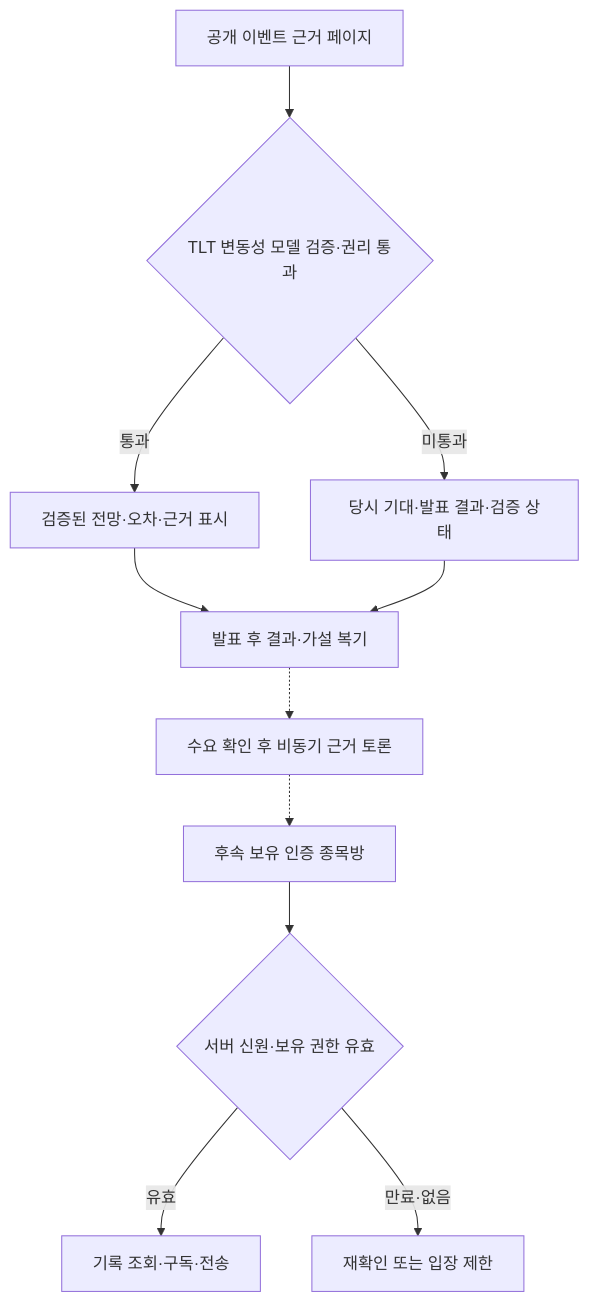
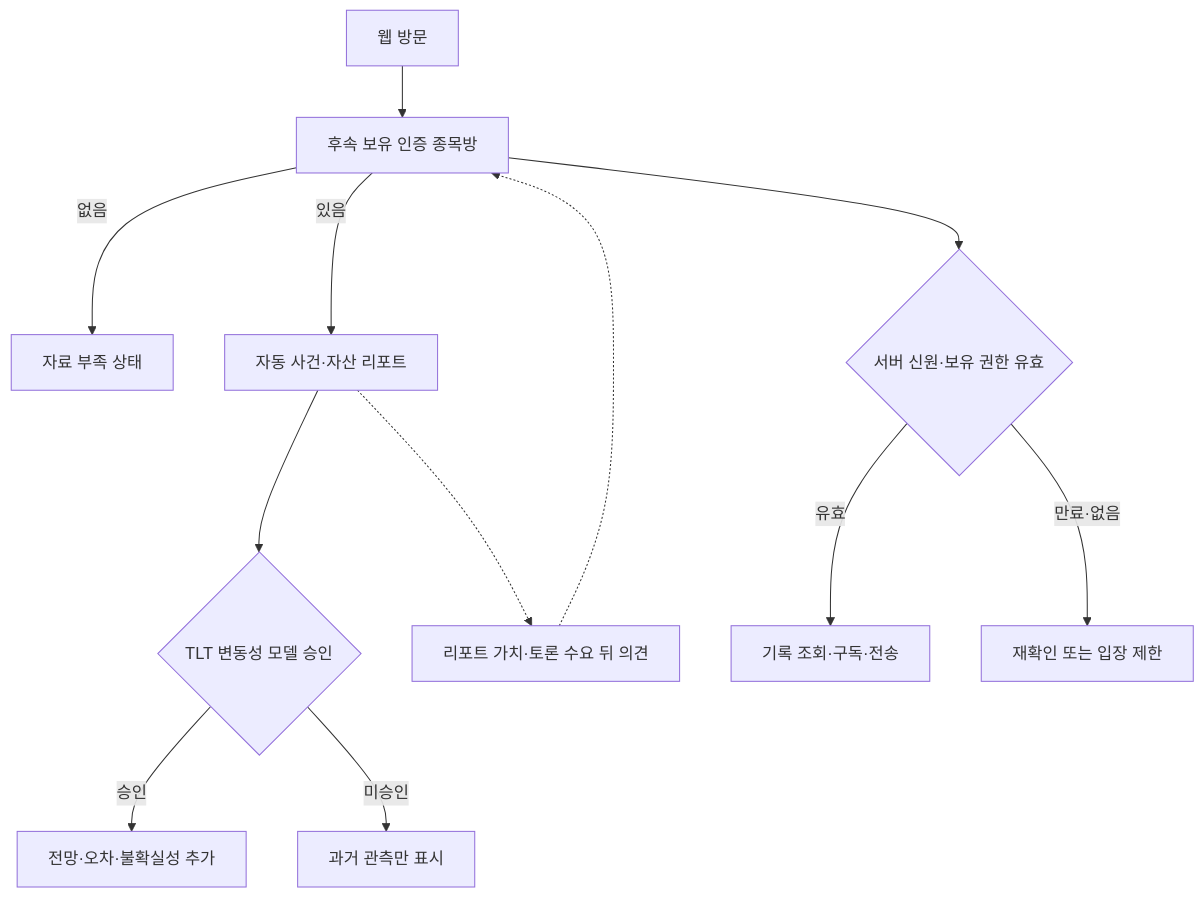
The second of 2 diagrams in docs/project-flow.md (AnDev77/ShockGarph_AI), drawn with Mermaid before and after one commit. The commit also changed other lines of this file and 9 other files, not shown here.

````diff
--- a/docs/project-flow.md
+++ b/docs/project-flow.md
@@ -55,13 +55,14 @@
 ```mermaid
 flowchart TB
-    U["공개 이벤트 근거 페이지"] --> Q{"TLT 변동성 모델 검증·권리 통과"}
-    Q -->|통과| C["검증된 전망·오차·근거 표시"]
-    Q -->|미통과| X["당시 기대·발표 결과·검증 상태"]
-    C --> H["발표 후 결과·가설 복기"]
-    X --> H
-    H -.-> D["수요 확인 후 비동기 근거 토론"]
+    U["웹 방문"] --> G{"공개 자료·시점 확보"}
+    G -->|없음| Z["자료 부족 상태"]
+    G -->|있음| H["자동 사건·자산 리포트"]
+    H --> Q{"TLT 변동성 모델 승인"}
+    Q -->|승인| C["전망·오차·불확실성 추가"]
+    Q -->|미승인| X["과거 관측만 표시"]
+    H -.-> D["리포트 가치·토론 수요 뒤 의견"]
     D -.-> G["후속 보유 인증 종목방"]
     G --> V{"서버 신원·보유 권한 유효"}
     V -->|유효| R["기록 조회·구독·전송"]
     V -->|만료·없음| F["재확인 또는 입장 제한"]
 ```
````
